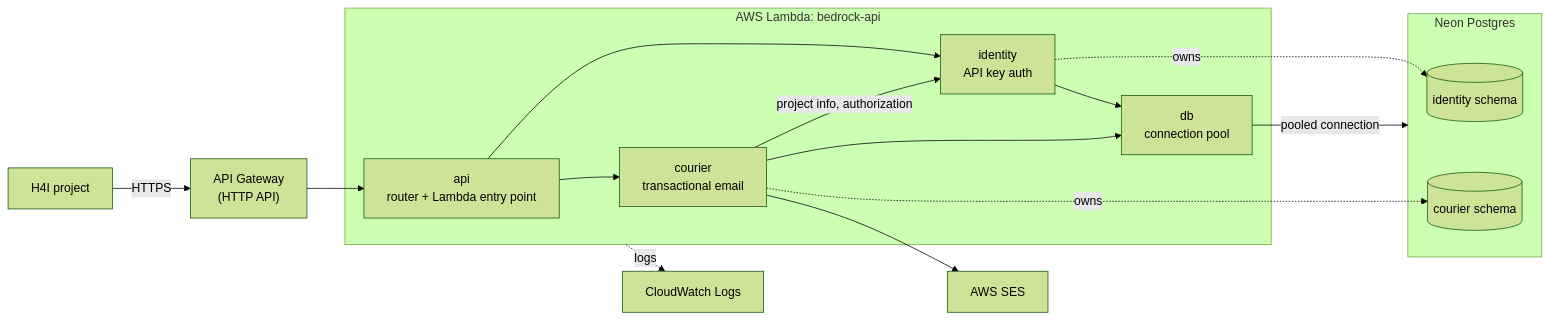
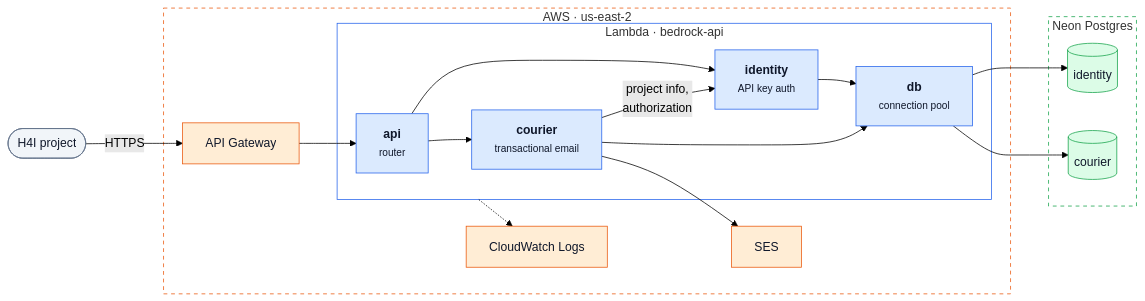
The diagram in README.md (Hack4Impact-UMD/bedrock), drawn with Mermaid (forest theme) before and after one commit.

Commit message:
better diagram

````diff
--- a/README.md
+++ b/README.md
@@ -12,25 +12,43 @@
 ```mermaid
 flowchart LR
-    client["H4I project"] -->|HTTPS| apigw["API Gateway<br/>(HTTP API)"]
-    apigw --> api
+    client(["H4I project"])
 
-    subgraph lambda["AWS Lambda: bedrock-api"]
-        api["api<br/>router + Lambda entry point"]
-        api --> identity["identity<br/>API key auth"]
-        api --> courier["courier<br/>transactional email"]
-        courier -->|project info, authorization| identity
-        identity --> db["db<br/>connection pool"]
-        courier --> db
+    subgraph aws["AWS · us-east-2"]
+        apigw["API Gateway"]
+
+        subgraph lambda["Lambda · bedrock-api"]
+            api["<b>api</b><br/><small>router</small>"]
+            identity["<b>identity</b><br/><small>API key auth</small>"]
+            courier["<b>courier</b><br/><small>transactional email</small>"]
+            db["<b>db</b><br/><small>connection pool</small>"]
+        end
+
+        ses["SES"]
+        logs["CloudWatch Logs"]
     end
 
     subgraph neon["Neon Postgres"]
-        identity_schema[("identity schema")]
-        courier_schema[("courier schema")]
+        identity_schema[("identity")]
+        courier_schema[("courier")]
     end
 
-    db -->|pooled connection| neon
-    identity -.->|owns| identity_schema
-    courier -.->|owns| courier_schema
-    courier --> ses["AWS SES"]
-    lambda -.->|logs| logs["CloudWatch Logs"]
+    client -- HTTPS --> apigw --> api
+    api --> identity & courier
+    courier -- "project info,<br/>authorization" --> identity
+    identity & courier --> db
+    db --> identity_schema & courier_schema
+    courier --> ses
+    lambda -.-> logs
+
+    classDef crate fill:#dbeafe,stroke:#2563eb,color:#0f172a
+    classDef awsSvc fill:#ffedd5,stroke:#ea580c,color:#0f172a
+    classDef store fill:#dcfce7,stroke:#16a34a,color:#0f172a
+    classDef ext fill:#f1f5f9,stroke:#64748b,color:#0f172a
+    class api,identity,courier,db crate
+    class apigw,ses,logs awsSvc
+    class identity_schema,courier_schema store
+    class client ext
+    style aws fill:none,stroke:#ea580c,stroke-dasharray:5 5
+    style lambda fill:none,stroke:#2563eb
+    style neon fill:none,stroke:#16a34a,stroke-dasharray:5 5
 ```
````
